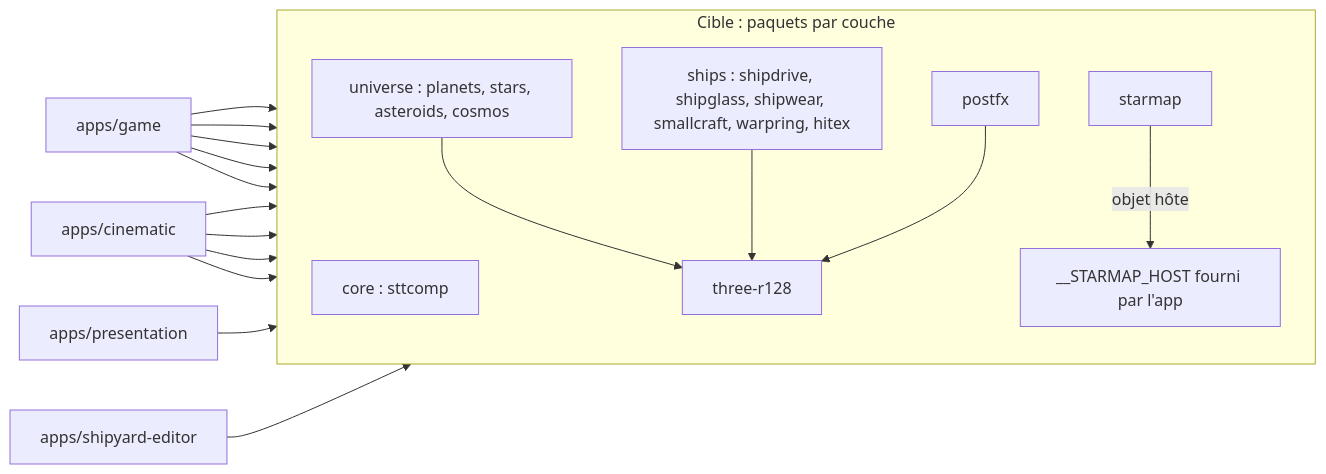
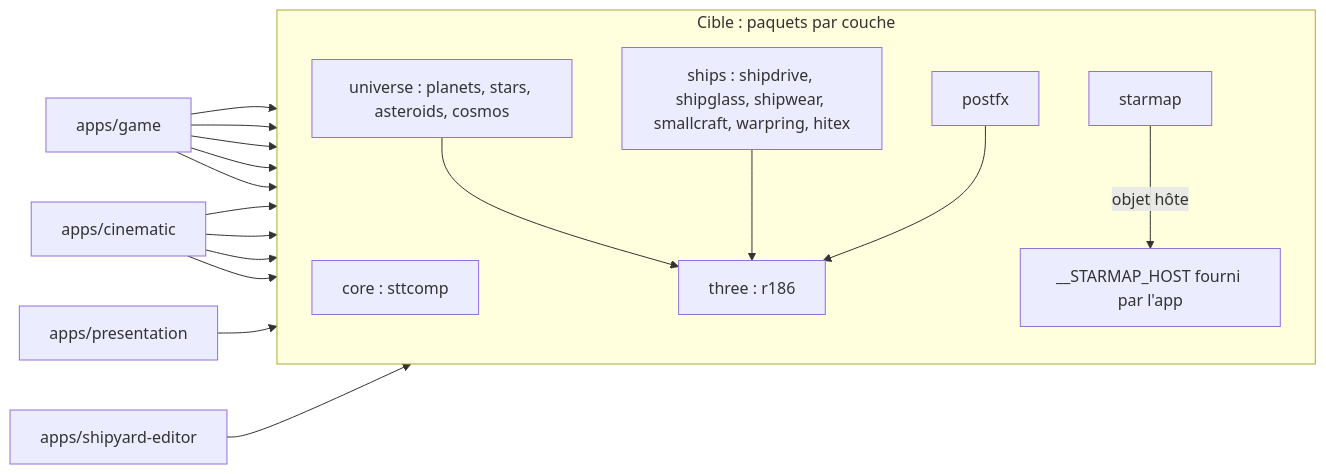
The third of 11 diagrams in demos/space-travel/docs/ADRs/ADR-001-refactoring.md (mcgivrer/csblog), drawn with Mermaid before and after one commit. The commit also changed other lines of this file and 2 other files, not shown here.

First line of the commit message:
ADR-001 : migration vers Three.js r186 (inventaire d'API, option A bundle IIFE, phase M6)

````diff
--- a/demos/space-travel/docs/ADRs/ADR-001-refactoring.md
+++ b/demos/space-travel/docs/ADRs/ADR-001-refactoring.md
@@ -197,20 +208,20 @@
 ```mermaid
 flowchart LR
   subgraph CIBLE["Cible : paquets par couche"]
     direction TB
     core["core : sttcomp"]
     uni["universe : planets, stars, asteroids, cosmos"]
     shp["ships : shipdrive, shipglass, shipwear, smallcraft, warpring, hitex"]
     pfx["postfx"]
     smp["starmap"]
-    thr["three-r128"]
+    thr["three : r186"]
     uni --> thr
     shp --> thr
     pfx --> thr
     smp -->|"objet hôte"| host["__STARMAP_HOST fourni par l'app"]
   end
   game["apps/game"] --> core & uni & shp & pfx & smp
   cine["apps/cinematic"] --> uni & shp & pfx & smp
   pres["apps/presentation"] --> uni
   edit["apps/shipyard-editor"] --> core
 ```
````
